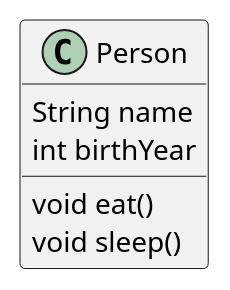
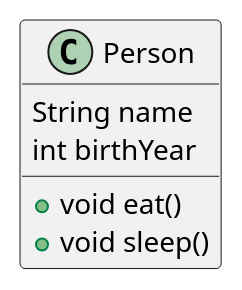
One commit to lyhcode/oosad changed the first of 2 diagrams in oop/object.md. Above: the diagram before and after it, drawn with PlantUML. The commit also changed 54 other files, not shown here.

````diff
--- a/oop/object.md
+++ b/oop/object.md
@@ -7,11 +7,11 @@
 ```uml
 @startuml
 Class Person {
     String name
     int birthYear
 
-    void eat()
-    void sleep()
+    + void eat()
+    + void sleep()
 }
 @enduml
 ```
````
